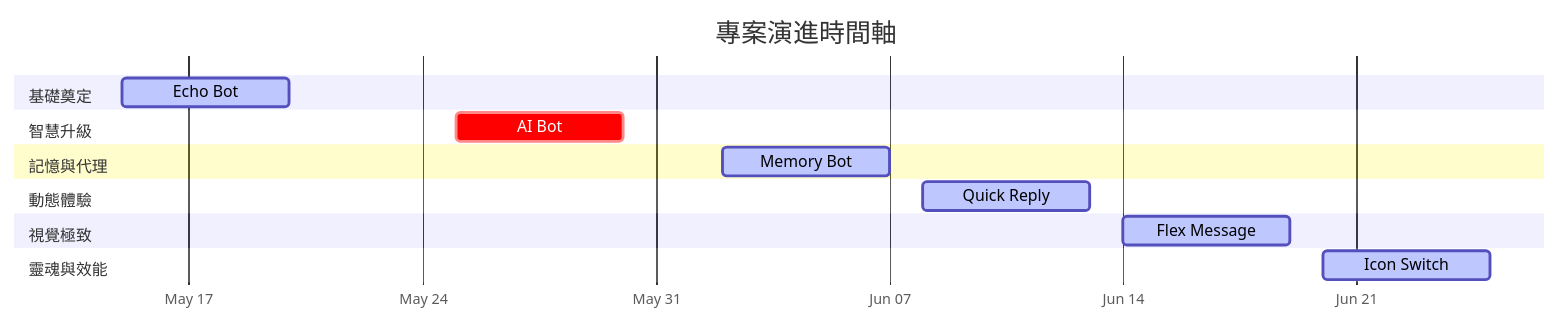
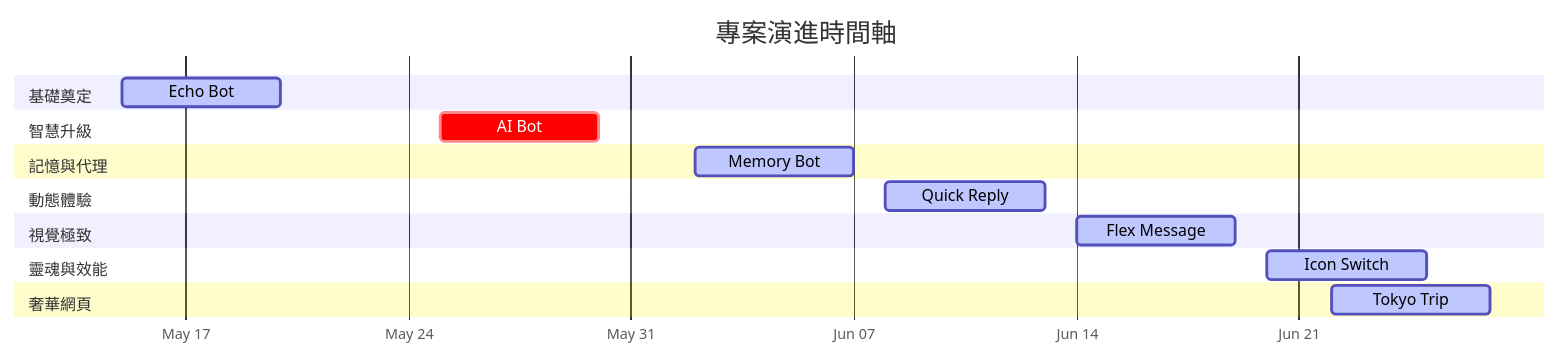
One commit to zonawang/zona-ai-learning-lab changed the diagram in README.md. Above: the diagram before and after it, drawn with Mermaid. The commit also changed other lines of this file, not shown here.

Commit message:
docs: add Tokyo Trip Itinerary page to README

````diff
--- a/README.md
+++ b/README.md
@@ -11,24 +11,27 @@
 ```mermaid
 gantt
     title 專案演進時間軸
     dateFormat  YYYY-MM-DD
     axisFormat  %b %d
     
     section 基礎奠定
     Echo Bot :active, p1, 2026-05-15, 5d
     
     section 智慧升級
     AI Bot :crit, p2, 2026-05-25, 5d
     
     section 記憶與代理
     Memory Bot :active, p3, 2026-06-02, 5d
     
     section 動態體驗
     Quick Reply :active, p4, 2026-06-08, 5d
     
     section 視覺極致
     Flex Message :active, p5, 2026-06-14, 5d
     
     section 靈魂與效能
     Icon Switch :active, p6, 2026-06-20, 5d
+    
+    section 奢華網頁
+    Tokyo Trip :active, p7, 2026-06-22, 5d
 ```
````
